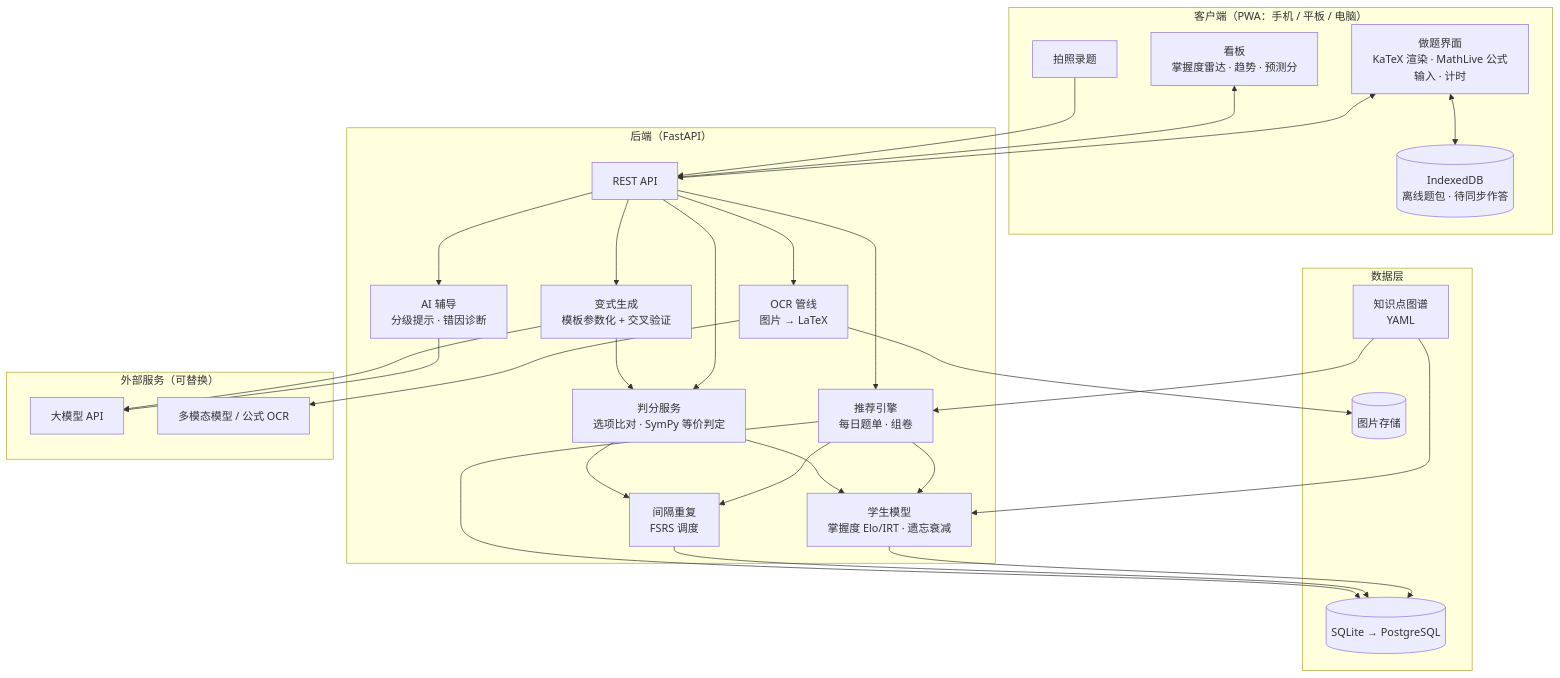
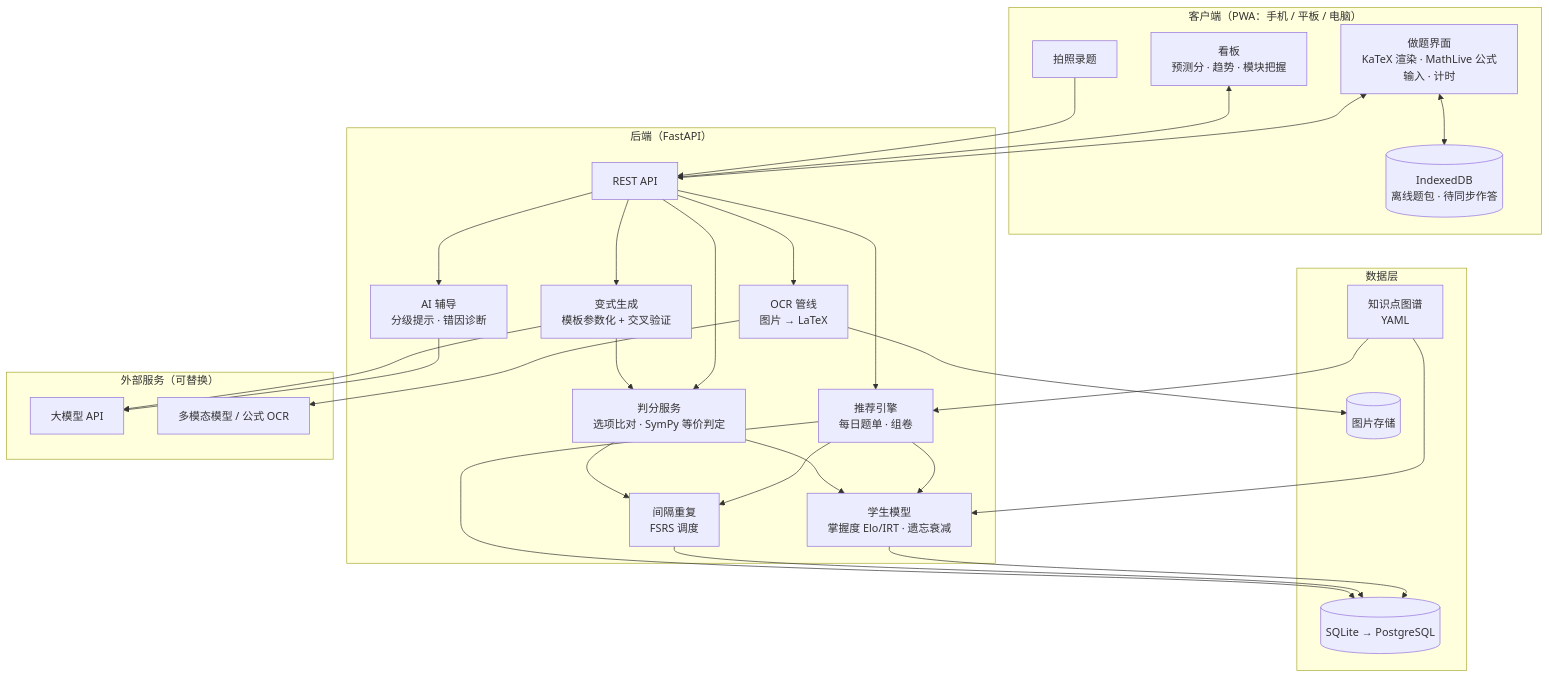
One commit to wu352947-cmd/claude- changed the first of 2 diagrams in gaokao-math/ARCHITECTURE.md. Above: the diagram before and after it, drawn with Mermaid. The commit also changed other lines of this file and 54 other files, not shown here.

````diff
--- a/gaokao-math/ARCHITECTURE.md
+++ b/gaokao-math/ARCHITECTURE.md
@@ -67,45 +67,45 @@
 ```mermaid
 flowchart TB
     subgraph Client["客户端（PWA：手机 / 平板 / 电脑）"]
         UI[做题界面<br/>KaTeX 渲染 · MathLive 公式输入 · 计时]
-        DASH[看板<br/>掌握度雷达 · 趋势 · 预测分]
+        DASH[看板<br/>预测分 · 趋势 · 模块把握]
         CAM[拍照录题]
         IDB[(IndexedDB<br/>离线题包 · 待同步作答)]
     end
 
     subgraph Server["后端（FastAPI）"]
         API[REST API]
         REC[推荐引擎<br/>每日题单 · 组卷]
         LM[学生模型<br/>掌握度 Elo/IRT · 遗忘衰减]
         SRS[间隔重复<br/>FSRS 调度]
         GRADE[判分服务<br/>选项比对 · SymPy 等价判定]
         TUTOR[AI 辅导<br/>分级提示 · 错因诊断]
         GEN[变式生成<br/>模板参数化 + 交叉验证]
         OCR[OCR 管线<br/>图片 → LaTeX]
     end
 
     subgraph Data["数据层"]
         DB[(SQLite → PostgreSQL)]
         KG[知识点图谱<br/>YAML]
         FILES[(图片存储)]
     end
 
     subgraph External["外部服务（可替换）"]
         LLM[大模型 API]
         VLM[多模态模型 / 公式 OCR]
     end
 
     UI <--> API
     DASH <--> API
     CAM --> API
     UI <--> IDB
     API --> REC & GRADE & TUTOR & OCR & GEN
     REC --> LM & SRS
     GRADE --> LM & SRS
     LM & SRS & REC --> DB
     KG --> REC & LM
     OCR --> VLM
     OCR --> FILES
     TUTOR & GEN --> LLM
     GEN --> GRADE
 ```
````
